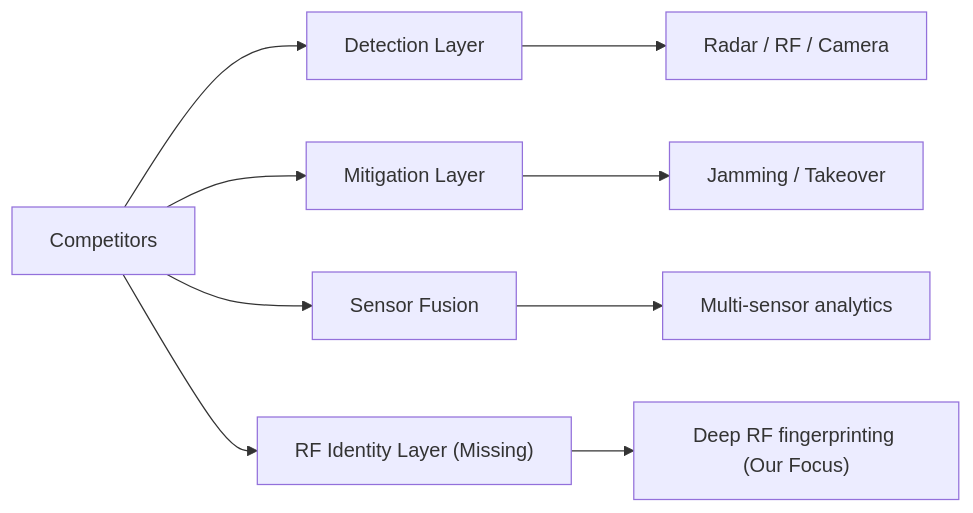
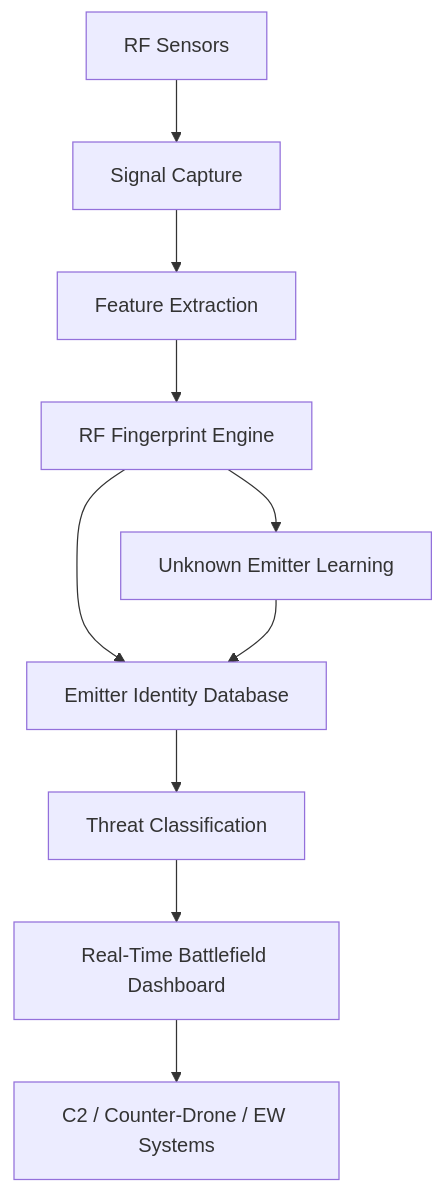
One commit to vjk7989/project-flex changed the second of 15 diagrams in RF Fingerprinting.md. Above: the diagram before and after it, drawn with Mermaid. The commit also changed other lines of this file, not shown here.

Commit message:
Update RF Fingerprinting.md

````diff
--- a/RF Fingerprinting.md
+++ b/RF Fingerprinting.md
@@ -64,12 +207,13 @@
 ```mermaid
-flowchart LR
-    A["Competitors"] --> B["Detection Layer"]
-    A --> C["Mitigation Layer"]
-    A --> D["Sensor Fusion"]
-    A --> E["RF Identity Layer (Missing)"]
+flowchart TD
+    A["RF Sensors"] --> B["Signal Capture"]
+    B --> C["Feature Extraction"]
+    C --> D["RF Fingerprint Engine"]
+    D --> E["Emitter Identity Database"]
+    E --> F["Threat Classification"]
+    F --> G["Real-Time Battlefield Dashboard"]
+    G --> H["C2 / Counter-Drone / EW Systems"]
 
-    B --> B1["Radar / RF / Camera"]
-    C --> C1["Jamming / Takeover"]
-    D --> D1["Multi-sensor analytics"]
-    E --> E1["Deep RF fingerprinting (Our Focus)"]
+    D --> I["Unknown Emitter Learning"]
+    I --> E
 ```
````
